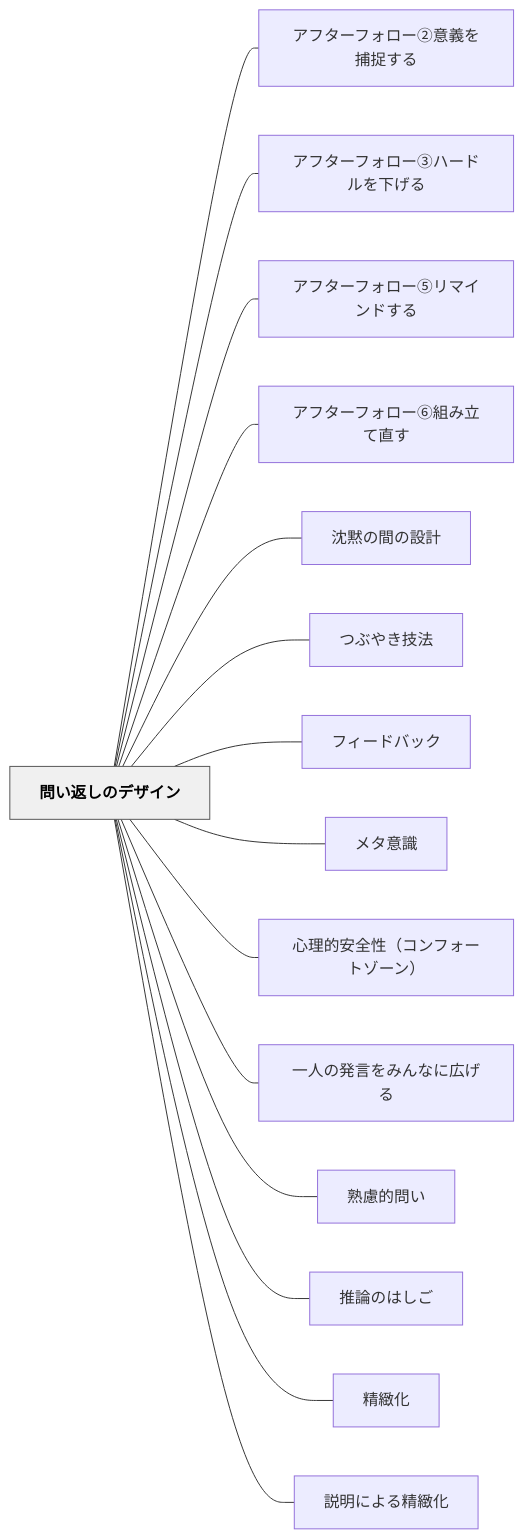
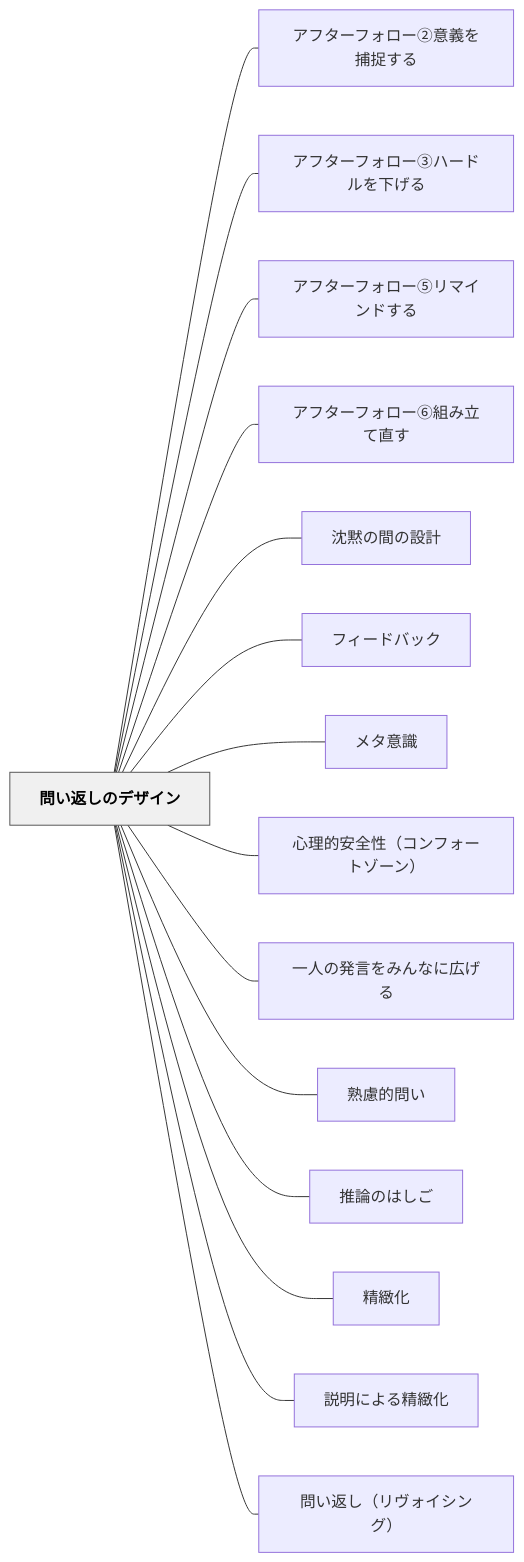
Before and after one commit to unknownthings-ed-patterns/unknownthings-ed-patterns: the diagram in content/パタン/問い返しのデザイン.md, drawn with Mermaid. The commit also changed other lines of this file and 32 other files, not shown here.

````diff
--- a/content/パタン/問い返しのデザイン.md
+++ b/content/パタン/問い返しのデザイン.md
@@ -99,36 +98,36 @@
 ```mermaid
 flowchart LR
     ne5958fe38184e8bf94e38197e381aee38387e382b6e382a4e383b3["問い返しのデザイン"]
     ne382a2e38395e382bfe383bce38395e382a9e383ade383bce291a1e6848fe7bea9e38292e68d95e68d89e38199e3828b["アフターフォロー②意義を捕捉する"]
     ne382a2e38395e382bfe383bce38395e382a9e383ade383bce291a2e3838fe383bce38389e383abe38292e4b88be38192e3828b["アフターフォロー③ハードルを下げる"]
     ne382a2e38395e382bfe383bce38395e382a9e383ade383bce291a4e383aae3839ee382a4e383b3e38389e38199e3828b["アフターフォロー⑤リマインドする"]
     ne382a2e38395e382bfe383bce38395e382a9e383ade383bce291a5e7b584e381bfe7ab8be381a6e79bb4e38199["アフターフォロー⑥組み立て直す"]
     ne6b288e9bb99e381aee99693e381aee8a8ade8a888["沈黙の間の設計"]
-    ne381a4e381b6e38284e3818de68a80e6b395["つぶやき技法"]
     ne38395e382a3e383bce38389e38390e38383e382af["フィードバック"]
     ne383a1e382bfe6848fe8ad98["メタ意識"]
     ne5bf83e79086e79a84e5ae89e585a8e680a7efbc88e382b3e383b3e38395e382a9e383bce38388e382bee383bce383b3efbc89["心理的安全性（コンフォートゾーン）"]
     ne4b880e4babae381aee799bae8a880e38292e381bfe38293e381aae381abe5ba83e38192e3828b["一人の発言をみんなに広げる"]
     ne7869fe685aee79a84e5958fe38184["熟慮的問い"]
     ne68ea8e8ab96e381aee381afe38197e38194["推論のはしご"]
     ne7b2bee7b7bbe58c96["精緻化"]
     ne8aaace6988ee381abe38288e3828be7b2bee7b7bbe58c96["説明による精緻化"]
+    ne5958fe38184e8bf94e38197efbc88e383aae383b4e382a9e382a4e382b7e383b3e382b0efbc89["問い返し（リヴォイシング）"]
 
     ne5958fe38184e8bf94e38197e381aee38387e382b6e382a4e383b3 --- ne382a2e38395e382bfe383bce38395e382a9e383ade383bce291a1e6848fe7bea9e38292e68d95e68d89e38199e3828b
     ne5958fe38184e8bf94e38197e381aee38387e382b6e382a4e383b3 --- ne382a2e38395e382bfe383bce38395e382a9e383ade383bce291a2e3838fe383bce38389e383abe38292e4b88be38192e3828b
     ne5958fe38184e8bf94e38197e381aee38387e382b6e382a4e383b3 --- ne382a2e38395e382bfe383bce38395e382a9e383ade383bce291a4e383aae3839ee382a4e383b3e38389e38199e3828b
     ne5958fe38184e8bf94e38197e381aee38387e382b6e382a4e383b3 --- ne382a2e38395e382bfe383bce38395e382a9e383ade383bce291a5e7b584e381bfe7ab8be381a6e79bb4e38199
     ne5958fe38184e8bf94e38197e381aee38387e382b6e382a4e383b3 --- ne6b288e9bb99e381aee99693e381aee8a8ade8a888
-    ne5958fe38184e8bf94e38197e381aee38387e382b6e382a4e383b3 --- ne381a4e381b6e38284e3818de68a80e6b395
     ne5958fe38184e8bf94e38197e381aee38387e382b6e382a4e383b3 --- ne38395e382a3e383bce38389e38390e38383e382af
     ne5958fe38184e8bf94e38197e381aee38387e382b6e382a4e383b3 --- ne383a1e382bfe6848fe8ad98
     ne5958fe38184e8bf94e38197e381aee38387e382b6e382a4e383b3 --- ne5bf83e79086e79a84e5ae89e585a8e680a7efbc88e382b3e383b3e38395e382a9e383bce38388e382bee383bce383b3efbc89
     ne5958fe38184e8bf94e38197e381aee38387e382b6e382a4e383b3 --- ne4b880e4babae381aee799bae8a880e38292e381bfe38293e381aae381abe5ba83e38192e3828b
     ne5958fe38184e8bf94e38197e381aee38387e382b6e382a4e383b3 --- ne7869fe685aee79a84e5958fe38184
     ne5958fe38184e8bf94e38197e381aee38387e382b6e382a4e383b3 --- ne68ea8e8ab96e381aee381afe38197e38194
     ne5958fe38184e8bf94e38197e381aee38387e382b6e382a4e383b3 --- ne7b2bee7b7bbe58c96
     ne5958fe38184e8bf94e38197e381aee38387e382b6e382a4e383b3 --- ne8aaace6988ee381abe38288e3828be7b2bee7b7bbe58c96
+    ne5958fe38184e8bf94e38197e381aee38387e382b6e382a4e383b3 --- ne5958fe38184e8bf94e38197efbc88e383aae383b4e382a9e382a4e382b7e383b3e382b0efbc89
 
     classDef hub fill:#f0f0f0,stroke:#555,color:#000,font-weight:bold
     class ne5958fe38184e8bf94e38197e381aee38387e382b6e382a4e383b3 hub
 ```
````
